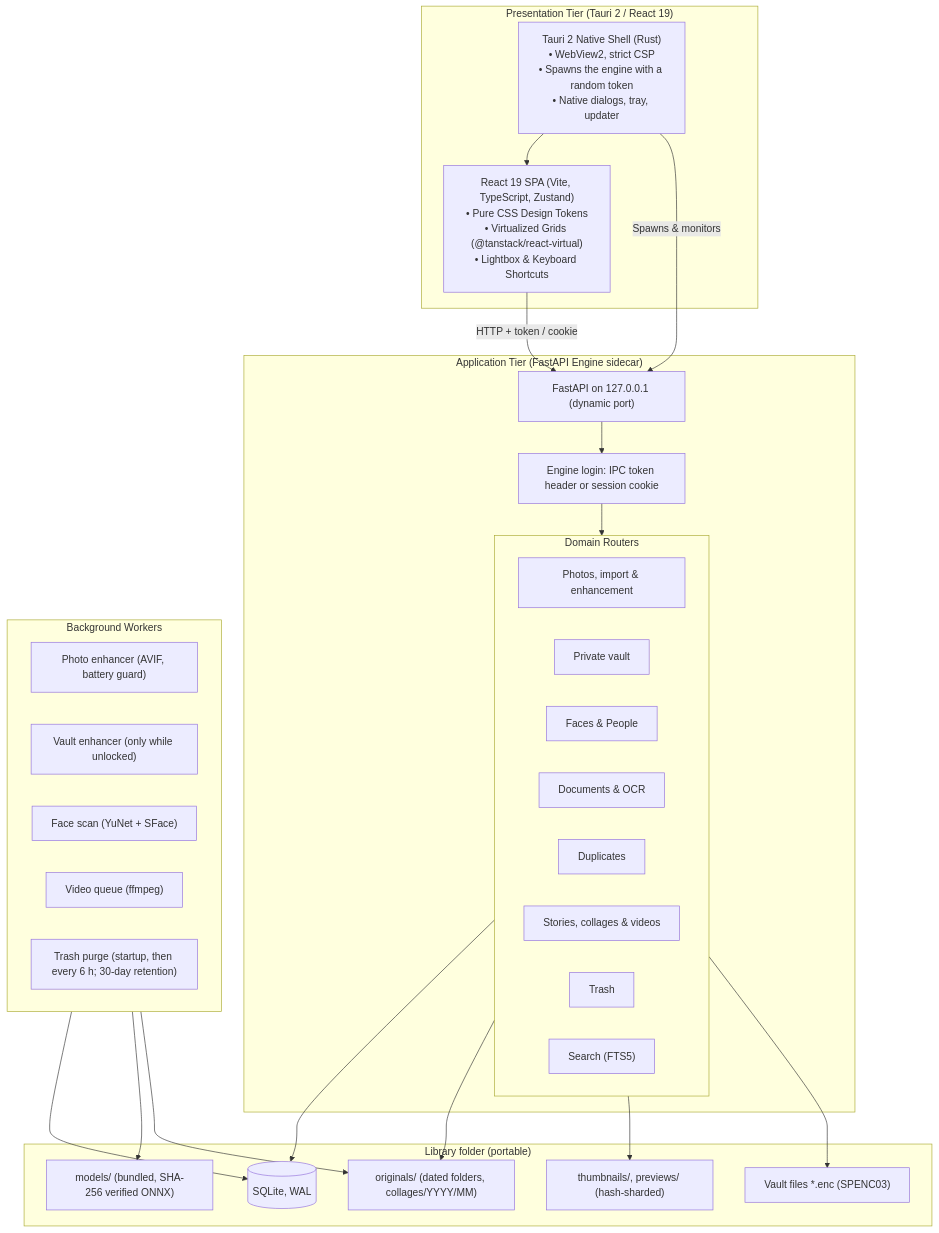
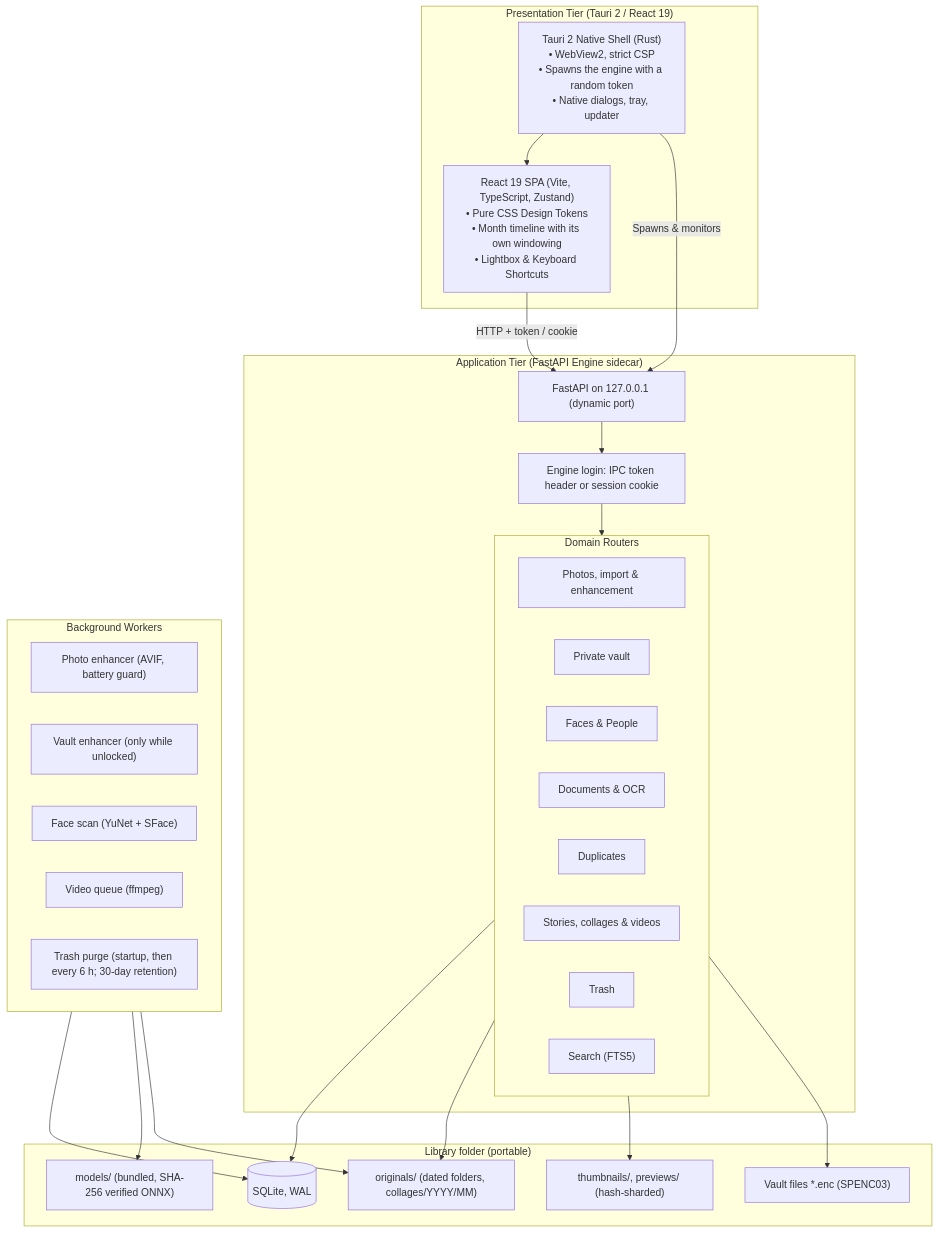
The first of 7 diagrams in docs/architecture.md (SumitKanchan4/SecurePhotos), drawn with Mermaid before and after one commit. The commit also changed 9 other files, not shown here.

````diff
--- a/docs/architecture.md
+++ b/docs/architecture.md
@@ -17,51 +17,51 @@
 ```mermaid
 graph TB
     subgraph UI_Layer ["Presentation Tier (Tauri 2 / React 19)"]
-        ReactUI["React 19 SPA (Vite, TypeScript, Zustand)<br/>• Pure CSS Design Tokens<br/>• Virtualized Grids (@tanstack/react-virtual)<br/>• Lightbox & Keyboard Shortcuts"]
+        ReactUI["React 19 SPA (Vite, TypeScript, Zustand)<br/>• Pure CSS Design Tokens<br/>• Month timeline with its own windowing<br/>• Lightbox & Keyboard Shortcuts"]
         TauriShell["Tauri 2 Native Shell (Rust)<br/>• WebView2, strict CSP<br/>• Spawns the engine with a random token<br/>• Native dialogs, tray, updater"]
         TauriShell --> ReactUI
     end
 
     subgraph Service_Layer ["Application Tier (FastAPI Engine sidecar)"]
         FastAPIApp["FastAPI on 127.0.0.1 (dynamic port)"]
         AuthMiddleware["Engine login: IPC token header or session cookie"]
         subgraph Domain_Routers ["Domain Routers"]
             PhotosR["Photos, import & enhancement"]
             VaultR["Private vault"]
             PeopleR["Faces & People"]
             DocsR["Documents & OCR"]
             DupR["Duplicates"]
             StoriesR["Stories, collages & videos"]
             TrashR["Trash"]
             SearchR["Search (FTS5)"]
         end
         FastAPIApp --> AuthMiddleware
         AuthMiddleware --> Domain_Routers
     end
 
     subgraph Background_Workers ["Background Workers"]
         Enhancer["Photo enhancer (AVIF, battery guard)"]
         VaultEnhancer["Vault enhancer (only while unlocked)"]
         FaceWorker["Face scan (YuNet + SFace)"]
         VideoWorker["Video queue (ffmpeg)"]
         TrashWorker["Trash purge (startup, then every 6 h; 30-day retention)"]
     end
 
     subgraph Storage_Tier ["Library folder (portable)"]
         DB[(SQLite, WAL)]
         Originals["originals/ (dated folders, collages/YYYY/MM)"]
         ThumbStore["thumbnails/, previews/ (hash-sharded)"]
         EncryptedVault["Vault files *.enc (SPENC03)"]
         ModelsDir["models/ (bundled, SHA-256 verified ONNX)"]
     end
 
     ReactUI -->|HTTP + token / cookie| FastAPIApp
     TauriShell -->|Spawns & monitors| FastAPIApp
     Domain_Routers --> DB
     Domain_Routers --> Originals
     Domain_Routers --> ThumbStore
     Domain_Routers --> EncryptedVault
     Background_Workers --> DB
     Background_Workers --> ModelsDir
     Background_Workers --> Originals
 ```
````
